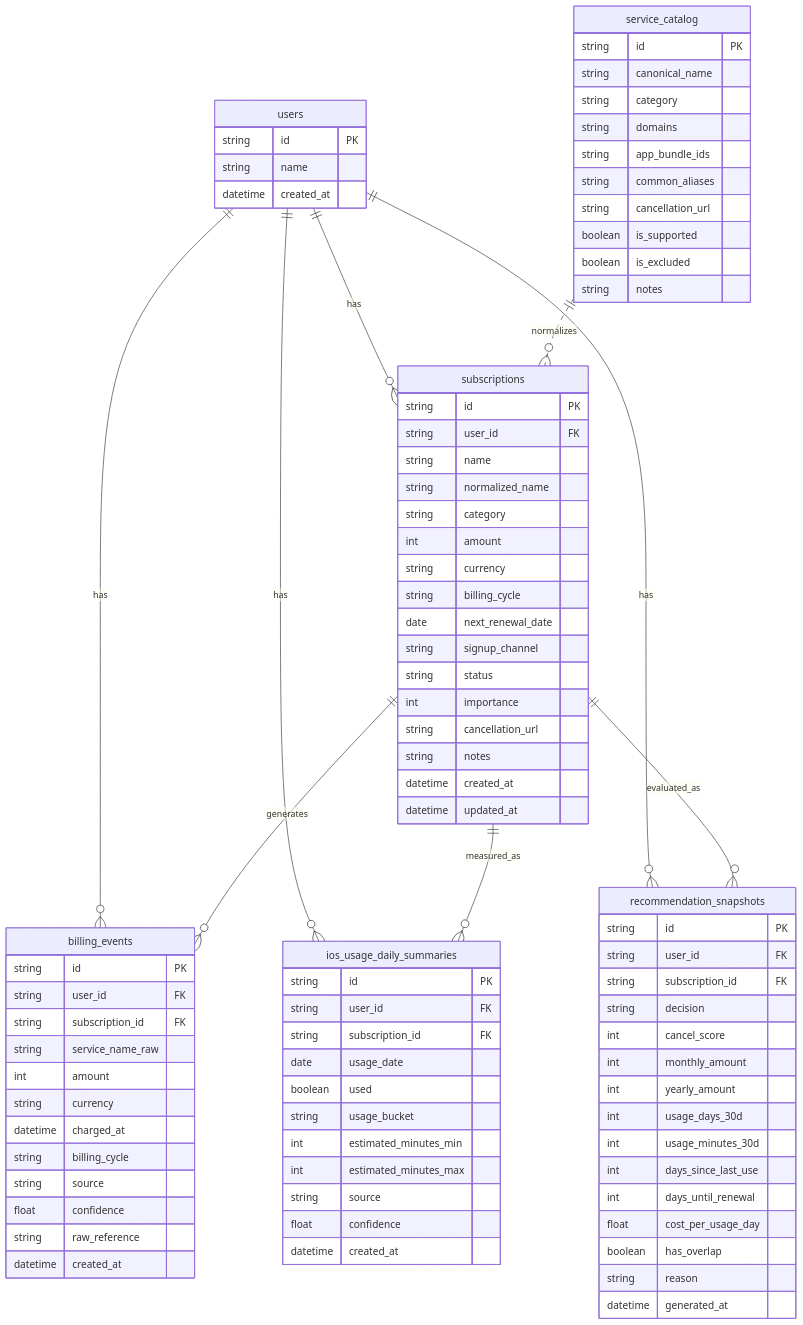
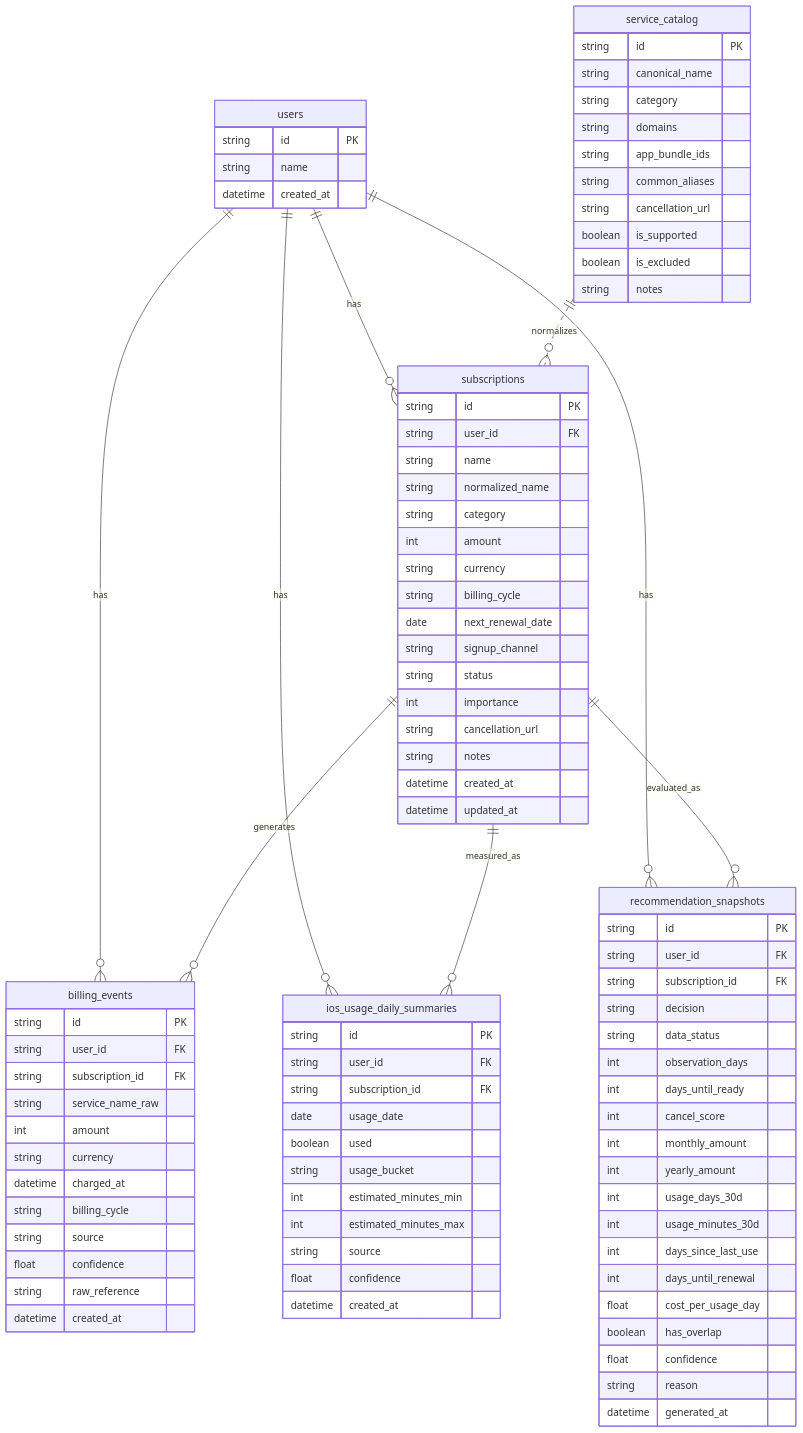
The third of 7 diagrams in docs/functional-design.md (Shintaro-Abe/SubBuddy), drawn with Mermaid before and after one commit. The commit also changed other lines of this file and 4 other files, not shown here.

```diff
--- a/docs/functional-design.md
+++ b/docs/functional-design.md
@@ -178,6 +178,9 @@
     string user_id FK
     string subscription_id FK
     string decision
+    string data_status
+    int observation_days
+    int days_until_ready
     int cancel_score
     int monthly_amount
     int yearly_amount
@@ -187,6 +190,7 @@
     int days_until_renewal
     float cost_per_usage_day
     boolean has_overlap
+    float confidence
     string reason
     datetime generated_at
   }
```
